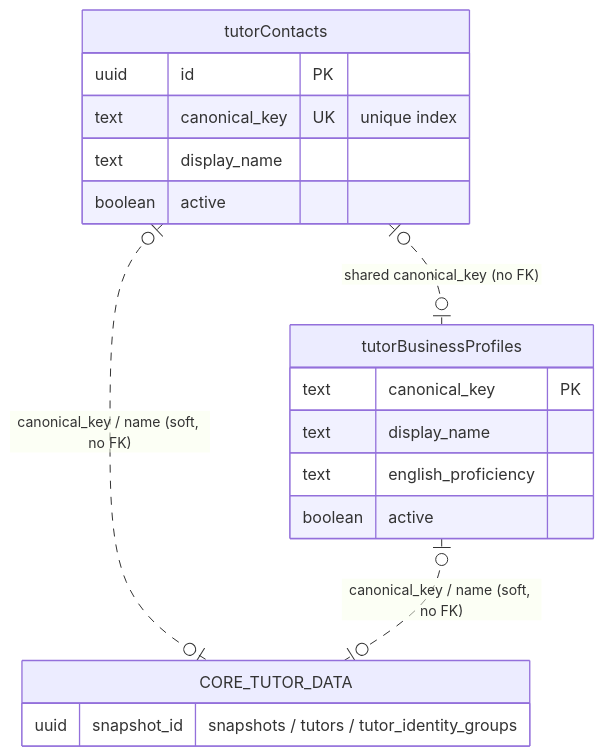
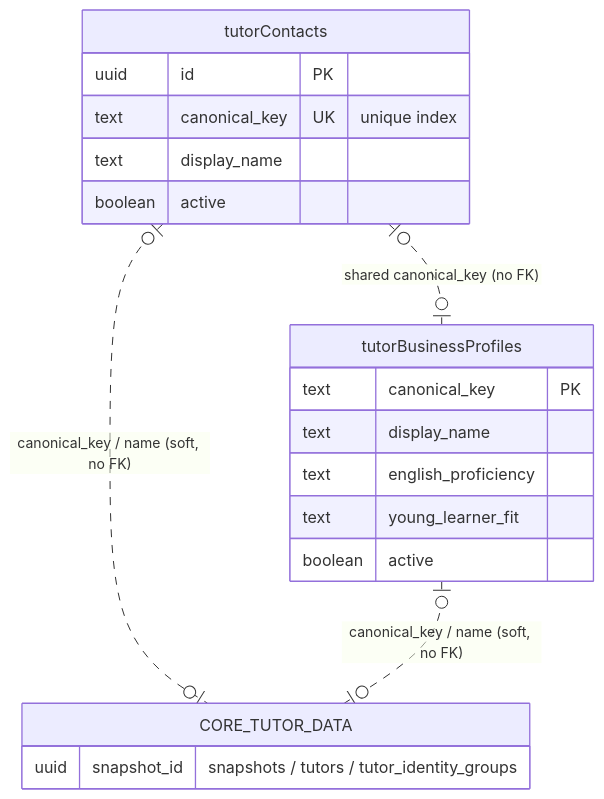
One commit to kasheesh711/bgscheduler changed the diagram in docs/reference/database/erd-tutor-profiles.md. Above: the diagram before and after it, drawn with Mermaid. The commit also changed other lines of this file and 63 other files, not shown here.

````diff
--- a/docs/reference/database/erd-tutor-profiles.md
+++ b/docs/reference/database/erd-tutor-profiles.md
@@ -11,24 +20,25 @@
 ```mermaid
 erDiagram
     tutorContacts {
         uuid id PK
         text canonical_key UK "unique index"
         text display_name
         boolean active
     }
 
     tutorBusinessProfiles {
         text canonical_key PK
         text display_name
         text english_proficiency
+        text young_learner_fit
         boolean active
     }
 
     CORE_TUTOR_DATA {
         uuid snapshot_id "snapshots / tutors / tutor_identity_groups"
     }
 
     tutorContacts |o..o| CORE_TUTOR_DATA : "canonical_key / name (soft, no FK)"
     tutorBusinessProfiles |o..o| CORE_TUTOR_DATA : "canonical_key / name (soft, no FK)"
     tutorContacts |o..o| tutorBusinessProfiles : "shared canonical_key (no FK)"
 ```
````
